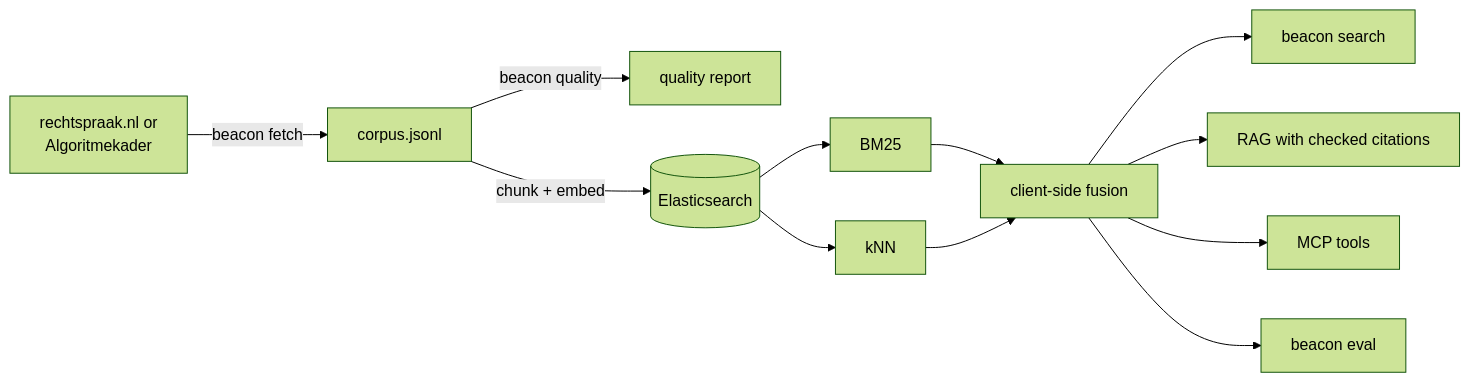
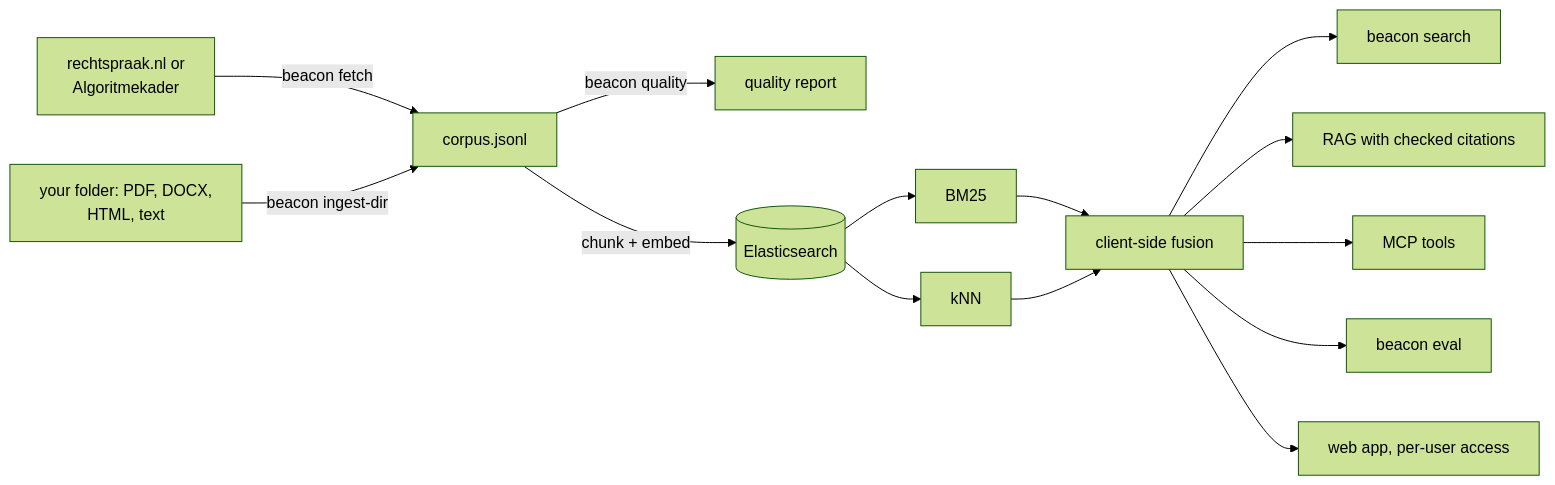
One commit to BarisAtik/argus-panoptes changed the diagram in search/beacon/README.md. Above: the diagram before and after it, drawn with Mermaid (forest theme). The commit also changed other lines of this file and 7 other files, not shown here.

First line of the commit message:
search: skip redirect stubs, add docs for folder search, app container and scale script

````diff
--- a/search/beacon/README.md
+++ b/search/beacon/README.md
@@ -10,14 +10,16 @@
 ```mermaid
 flowchart LR
     A[rechtspraak.nl or<br>Algoritmekader] -->|beacon fetch| B[corpus.jsonl]
+    Z[your folder: PDF, DOCX,<br>HTML, text] -->|beacon ingest-dir| B
     B -->|beacon quality| Q[quality report]
     B -->|chunk + embed| C[(Elasticsearch)]
     C --> D[BM25]
     C --> E[kNN]
     D --> F[client-side fusion]
     E --> F
     F --> G[beacon search]
     F --> H[RAG with checked citations]
     F --> I[MCP tools]
     F --> J[beacon eval]
+    F --> W[web app, per-user access]
 ```
````
